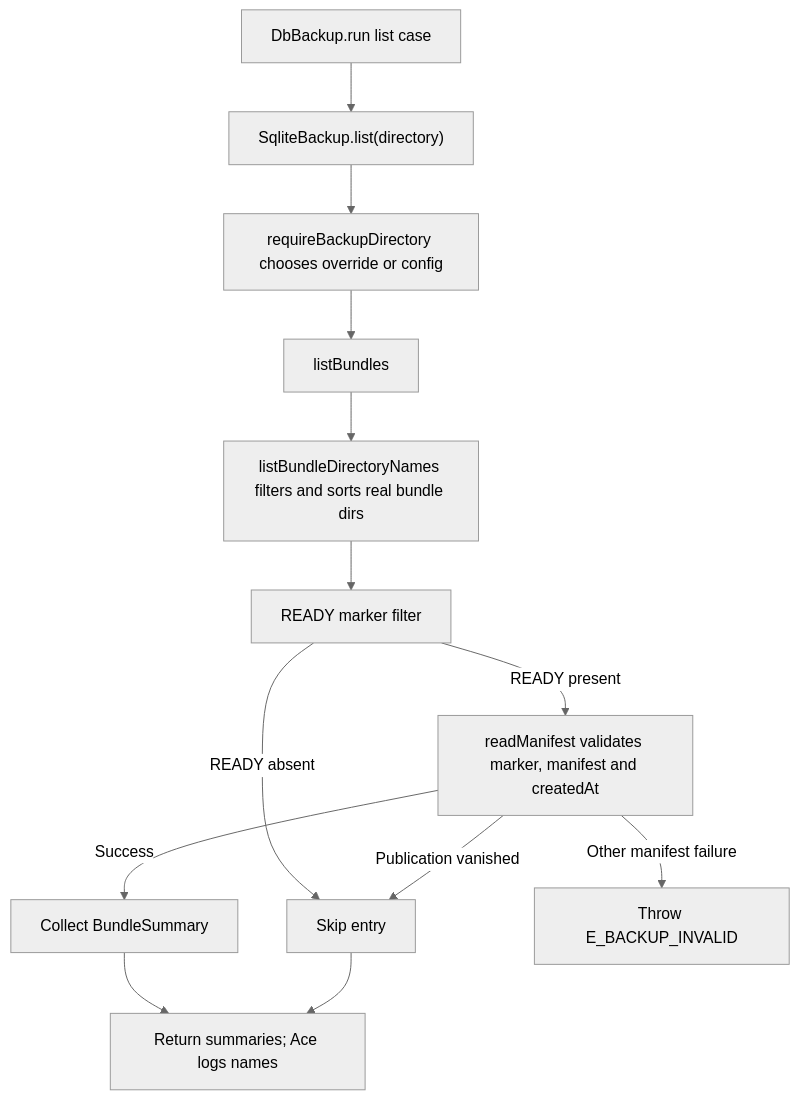
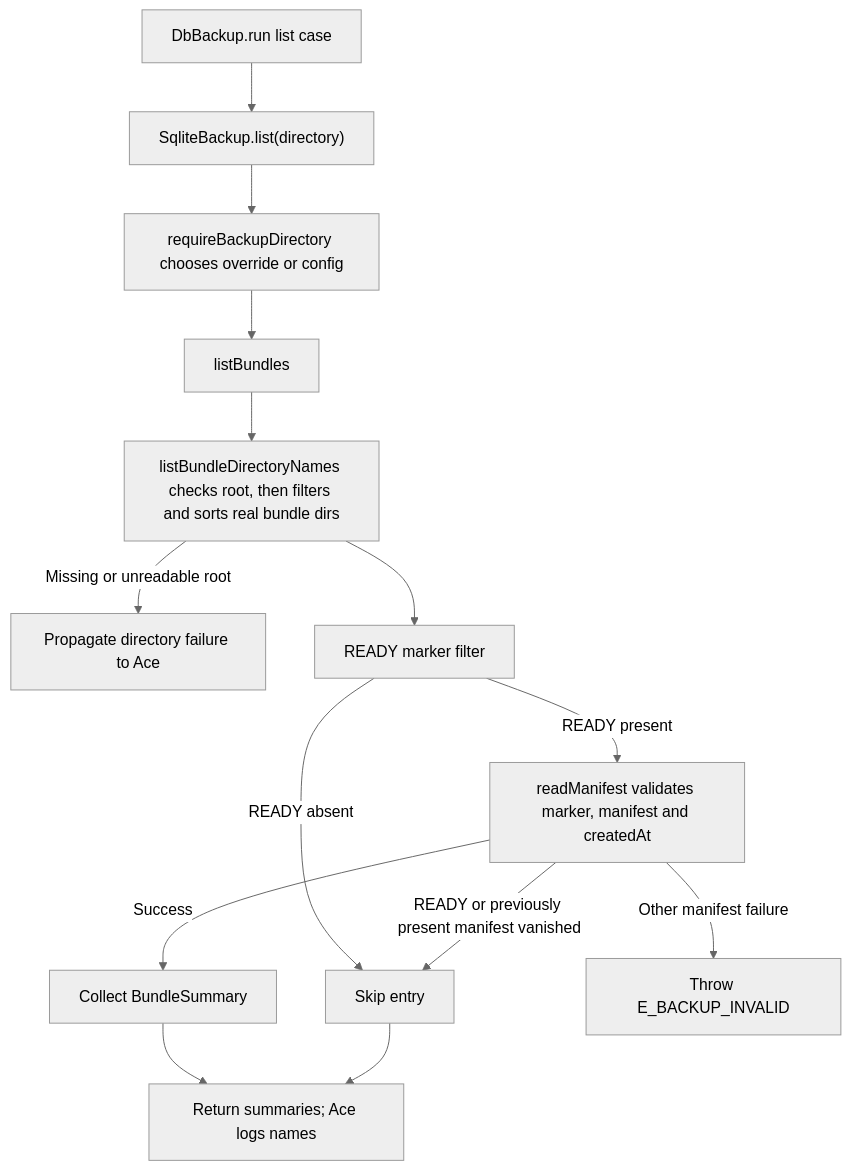
The second of 2 diagrams in user-stories/list-bundles/us-op-02-list-bundles.md (Kevinjohn/oss-adonisjs-sqlite-backup), drawn with Mermaid (neutral theme) before and after one commit. The commit also changed 8 other files, not shown here.

````diff
--- a/user-stories/list-bundles/us-op-02-list-bundles.md
+++ b/user-stories/list-bundles/us-op-02-list-bundles.md
@@ -41,15 +41,16 @@
 ```mermaid
 flowchart TD
     A["DbBackup.run list case"] --> B["SqliteBackup.list(directory)"]
     B --> C["requireBackupDirectory chooses override or config"]
     C --> D["listBundles"]
-    D --> E["listBundleDirectoryNames filters and sorts real bundle dirs"]
+    D --> E["listBundleDirectoryNames checks root, then filters and sorts real bundle dirs"]
+    E -->|Missing or unreadable root| R["Propagate directory failure to Ace"]
     E --> F["READY marker filter"]
     F -->|READY absent| X["Skip entry"]
     F -->|READY present| G["readManifest validates marker, manifest and createdAt"]
     G -->|Success| H["Collect BundleSummary"]
-    G -->|Publication vanished| X
+    G -->|READY or previously present manifest vanished| X
     G -->|Other manifest failure| I["Throw E_BACKUP_INVALID"]
     H --> J["Return summaries; Ace logs names"]
     X --> J
 ```
````
